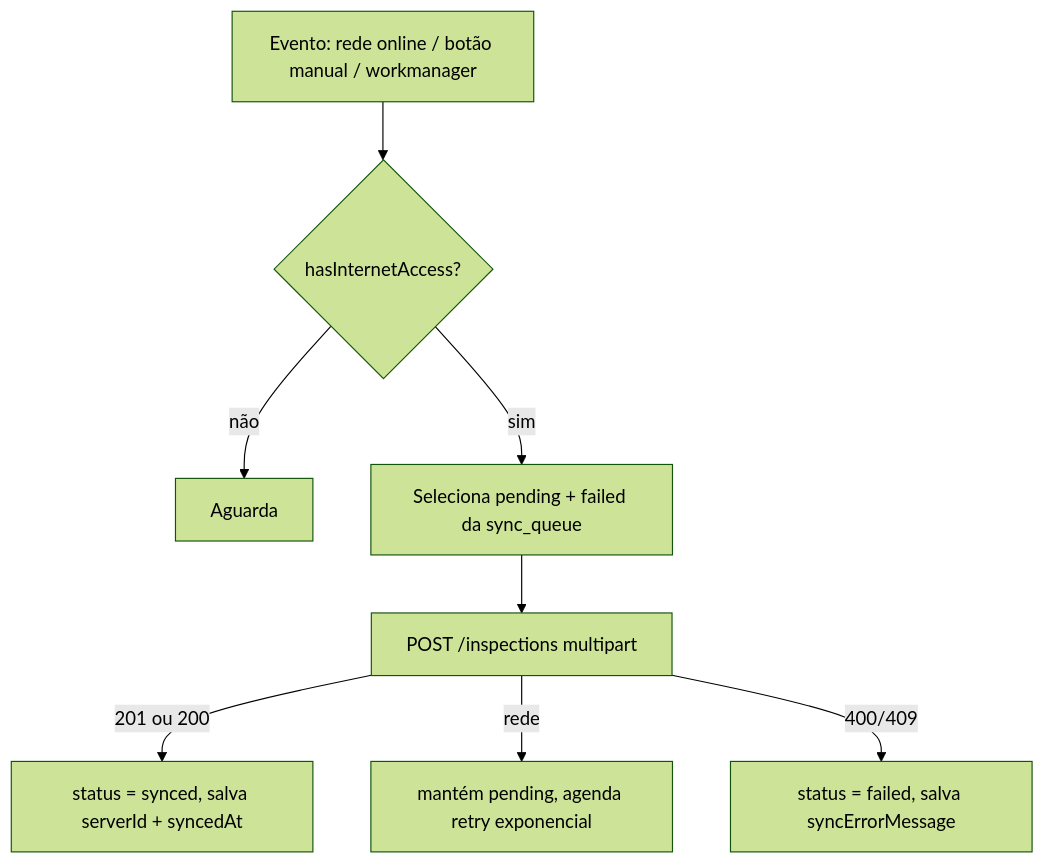
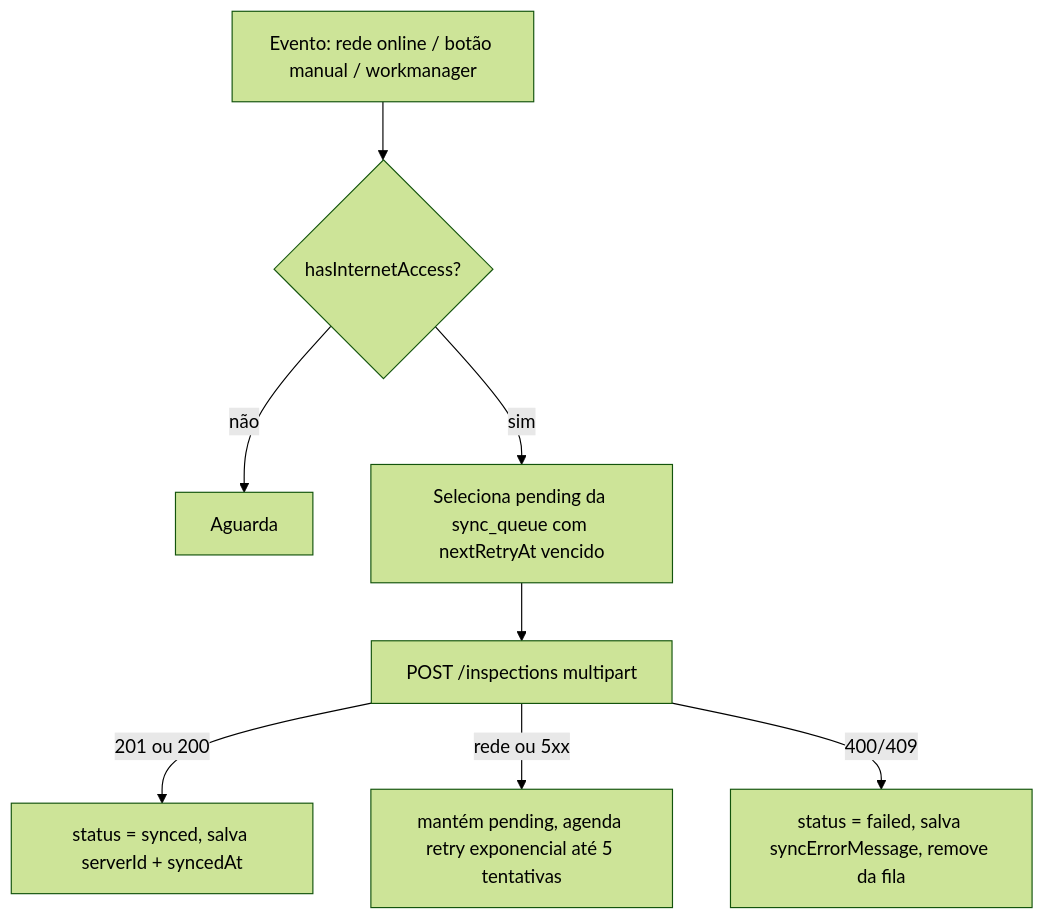
One commit to leonardolucena/INSPETORSYS changed the third of 3 diagrams in README.md. Above: the diagram before and after it, drawn with Mermaid (forest theme). The commit also changed other lines of this file, not shown here.

````diff
--- a/README.md
+++ b/README.md
@@ -300,10 +377,10 @@
 ```mermaid
 flowchart TD
     A[Evento: rede online / botão manual / workmanager] --> B{hasInternetAccess?}
     B -- não --> Z[Aguarda]
-    B -- sim --> C[Seleciona pending + failed da sync_queue]
+    B -- sim --> C[Seleciona pending da sync_queue com nextRetryAt vencido]
     C --> D[POST /inspections multipart]
     D -- 201 ou 200 --> E[status = synced, salva serverId + syncedAt]
-    D -- rede --> F[mantém pending, agenda retry exponencial]
-    D -- 400/409 --> G[status = failed, salva syncErrorMessage]
+    D -- rede ou 5xx --> F[mantém pending, agenda retry exponencial até 5 tentativas]
+    D -- 400/409 --> G[status = failed, salva syncErrorMessage, remove da fila]
 ```
````
